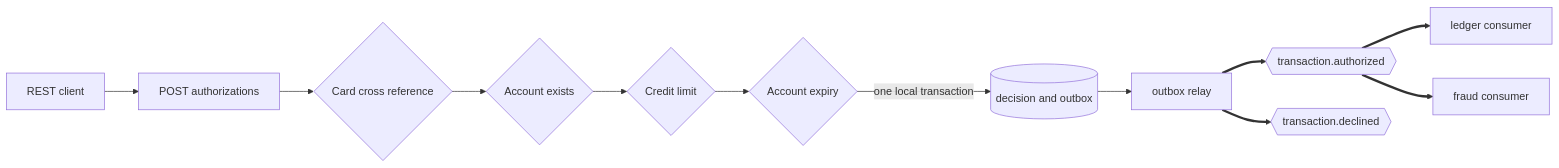
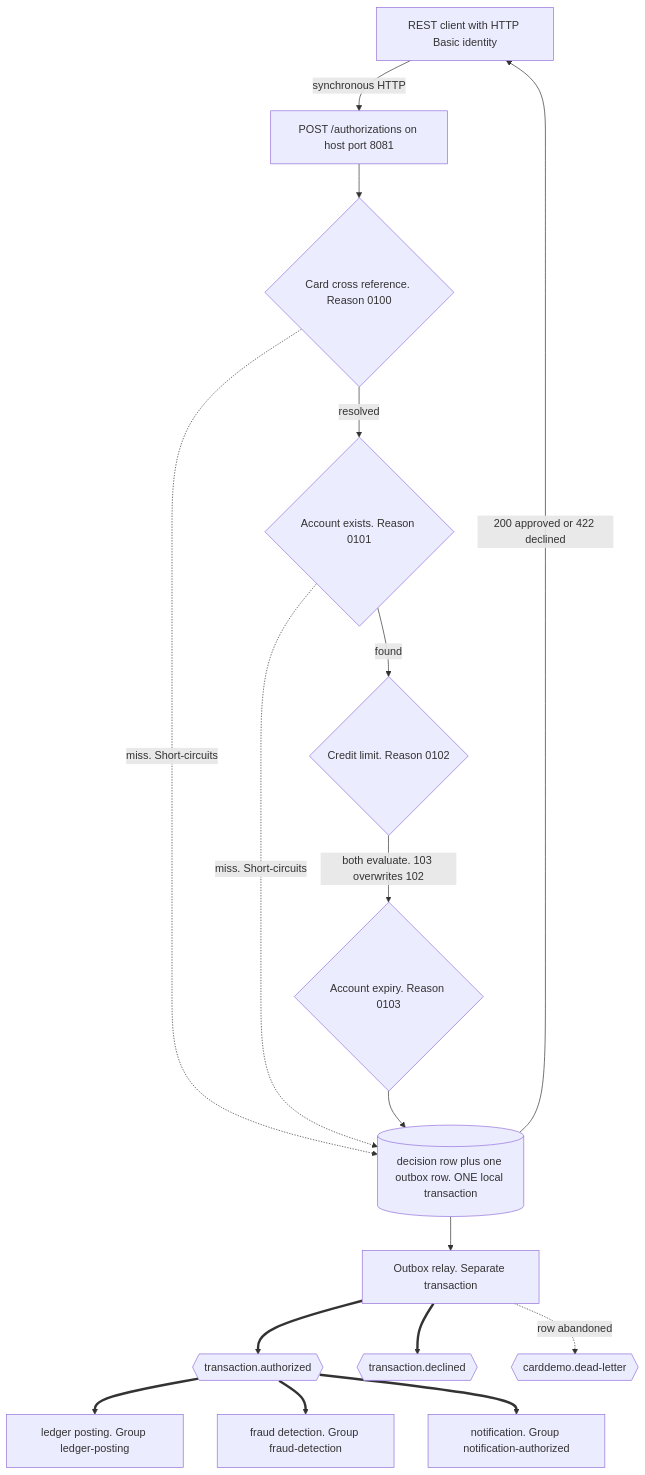
The first of 2 diagrams in card-platform/services/authorization-service/README.md (blitzy-public-samples/aws-carddemo-blitzy), drawn with Mermaid before and after one commit. The commit also changed other lines of this file and 51 other files, not shown here.

````diff
--- a/card-platform/services/authorization-service/README.md
+++ b/card-platform/services/authorization-service/README.md
@@ -120,27 +278,34 @@
 ```mermaid
-graph LR
-    C["REST client"]
-    API["POST authorizations"]
-    X{"Card cross reference"}
-    A{"Account exists"}
-    L{"Credit limit"}
-    E{"Account expiry"}
-    DB[("decision and outbox")]
-    R["outbox relay"]
+graph TB
+    CLIENT["REST client with HTTP Basic identity"]
+    API["POST /authorizations on host port 8081"]
+    R100{"Card cross reference. Reason 0100"}
+    R101{"Account exists. Reason 0101"}
+    R102{"Credit limit. Reason 0102"}
+    R103{"Account expiry. Reason 0103"}
+    TX[("decision row plus one outbox row. ONE local transaction")]
+    RELAY["Outbox relay. Separate transaction"]
     TA{{"transaction.authorized"}}
     TD{{"transaction.declined"}}
-    LED["ledger consumer"]
-    FRA["fraud consumer"]
+    LEDGER["ledger posting. Group ledger-posting"]
+    FRAUD["fraud detection. Group fraud-detection"]
+    NOTIFY["notification. Group notification-authorized"]
+    DEAD{{"carddemo.dead-letter"}}
 
-    C --> API
-    API --> X
-    X --> A
-    A --> L
-    L --> E
-    E -->|"one local transaction"| DB
-    DB --> R
-    R ==> TA
-    R ==> TD
-    TA ==> LED
-    TA ==> FRA
+    CLIENT -->|"synchronous HTTP"| API
+    API --> R100
+    R100 -->|"resolved"| R101
+    R100 -.->|"miss. Short-circuits"| TX
+    R101 -->|"found"| R102
+    R101 -.->|"miss. Short-circuits"| TX
+    R102 -->|"both evaluate. 103 overwrites 102"| R103
+    R103 --> TX
+    TX -->|"200 approved or 422 declined"| CLIENT
+    TX --> RELAY
+    RELAY ==> TA
+    RELAY ==> TD
+    TA ==> LEDGER
+    TA ==> FRAUD
+    TA ==> NOTIFY
+    RELAY -.->|"row abandoned"| DEAD
 ```
````
